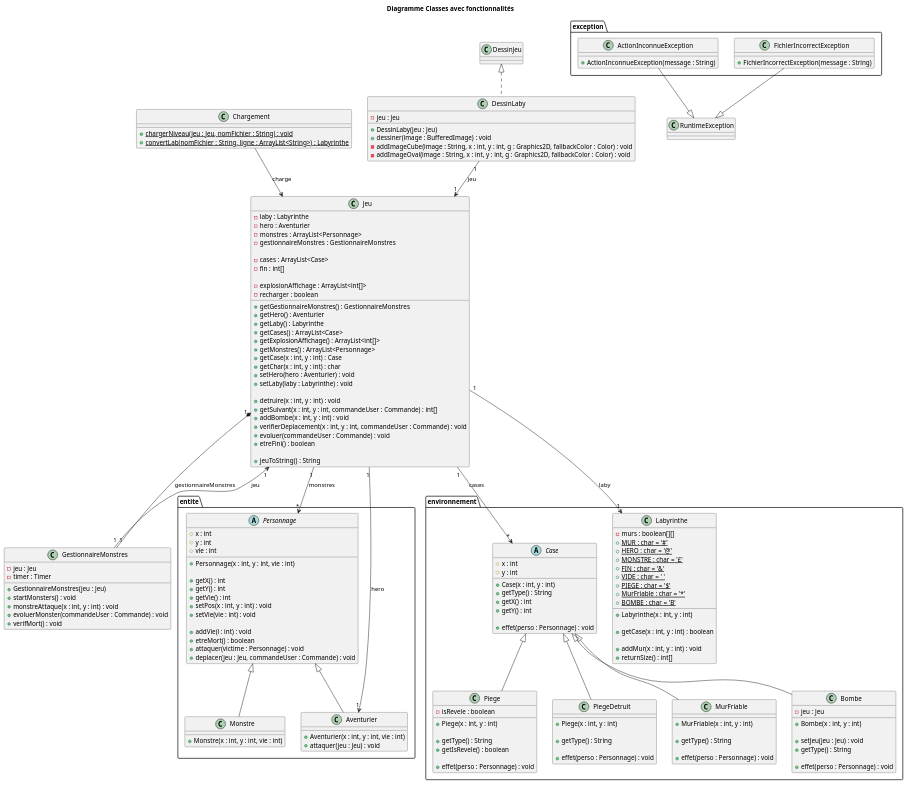
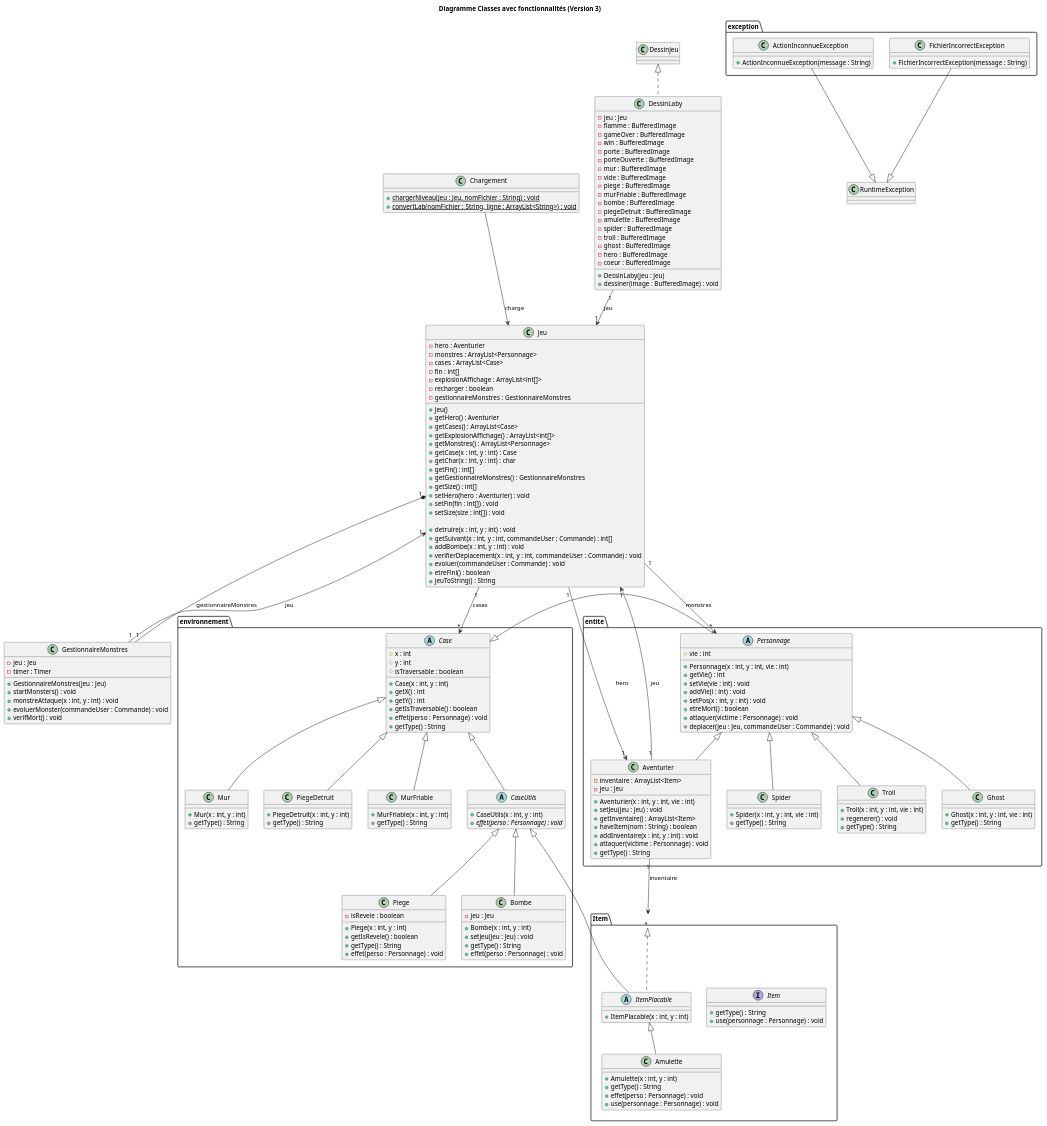
The diagram in documents/version_3/Diagramme Classes avec fonctionnalités.puml (lucas-martinati-pro/SAE_S2.01_Zeldiablo-LucasM_JeanLM_PierreGSV), drawn with PlantUML before and after one commit. The commit also changed 2 other files, not shown here.

Commit message:
refactor: DessinLaby

```diff
--- a/documents/version_3/Diagramme Classes avec fonctionnalités.puml
+++ b/documents/version_3/Diagramme Classes avec fonctionnalités.puml
@@ -1,28 +1,28 @@
 @startuml
-title Diagramme Classes avec fonctionnalités
+title Diagramme Classes avec fonctionnalités (Version 3)
 
 class "Jeu" {
-    - laby : Labyrinthe
     - hero : Aventurier
     - monstres : ArrayList<Personnage>
+    - cases : ArrayList<Case>
+    - fin : int[]
+    - explosionAffichage : ArrayList<int[]>
+    - recharger : boolean
     - gestionnaireMonstres : GestionnaireMonstres
 
-    - cases : ArrayList<Case>
-    - fin : int[]
-
-    - explosionAffichage : ArrayList<int[]>
-    - recharger : boolean
-
-    + getGestionnaireMonstres() : GestionnaireMonstres
+    + Jeu()
     + getHero() : Aventurier
-    + getLaby() : Labyrinthe
     + getCases() : ArrayList<Case>
     + getExplosionAffichage() : ArrayList<int[]>
     + getMonstres() : ArrayList<Personnage>
     + getCase(x : int, y : int) : Case
     + getChar(x : int, y : int) : char
+    + getFin() : int[]
+    + getGestionnaireMonstres() : GestionnaireMonstres
+    + getSize() : int[]
     + setHero(hero : Aventurier) : void
-    + setLaby(laby : Labyrinthe) : void
+    + setFin(fin : int[]) : void
+    + setSize(size : int[]) : void
 
     + detruire(x : int, y : int) : void
     + getSuivant(x : int, y : int, commandeUser : Commande) : int[]
@@ -30,7 +30,6 @@
     + verifierDeplacement(x : int, y : int, commandeUser : Commande) : void
     + evoluer(commandeUser : Commande) : void
     + etreFini() : boolean
-
     + jeuToString() : String
 }
 
@@ -47,105 +46,117 @@
 
 class Chargement {
     + {static} chargerNiveau(jeu : Jeu, nomFichier : String) : void
-    + {static} convertLab(nomFichier : String, ligne : ArrayList<String>) : Labyrinthe
+    + {static} convertLab(nomFichier : String, ligne : ArrayList<String>) : void
 }
 
 class DessinLaby {
     - jeu : Jeu
+    - flamme : BufferedImage
+    - gameOver : BufferedImage
+    - win : BufferedImage
+    - porte : BufferedImage
+    - porteOuverte : BufferedImage
+    - mur : BufferedImage
+    - vide : BufferedImage
+    - piege : BufferedImage
+    - murFriable : BufferedImage
+    - bombe : BufferedImage
+    - piegeDetruit : BufferedImage
+    - amulette : BufferedImage
+    - spider : BufferedImage
+    - troll : BufferedImage
+    - ghost : BufferedImage
+    - hero : BufferedImage
+    - coeur : BufferedImage
 
     + DessinLaby(jeu : Jeu)
     + dessiner(image : BufferedImage) : void
-    - addImageCube(image : String, x : int, y : int, g : Graphics2D, fallbackColor : Color) : void
-    - addImageOval(image : String, x : int, y : int, g : Graphics2D, fallbackColor : Color) : void
 }
 
 package "entite" {
     abstract class Personnage {
-        # x : int
-        # y : int
         # vie : int
 
         + Personnage(x : int, y : int, vie : int)
-
-        + getX() : int
-        + getY() : int
         + getVie() : int
+        + setVie(vie : int) : void
+        + addVie(i : int) : void
         + setPos(x : int, y : int) : void
-        + setVie(vie : int) : void
-
-        + addVie(i : int) : void
         + etreMort() : boolean
         + attaquer(victime : Personnage) : void
         + deplacer(jeu : Jeu, commandeUser : Commande) : void
     }
 
     class Aventurier {
+        - inventaire : ArrayList<Item>
+        - jeu : Jeu
+
         + Aventurier(x : int, y : int, vie : int)
-        + attaquer(jeu : Jeu) : void
+        + setJeu(jeu : Jeu) : void
+        + getInventaire() : ArrayList<Item>
+        + haveItem(nom : String) : boolean
+        + addInventaire(x : int, y : int) : void
+        + attaquer(victime : Personnage) : void
+        + getType() : String
     }
 
-    class Monstre {
-        + Monstre(x : int, y : int, vie : int)
+    class Spider {
+        + Spider(x : int, y : int, vie : int)
+        + getType() : String
+    }
+
+    class Troll {
+        + Troll(x : int, y : int, vie : int)
+        + regenerer() : void
+        + getType() : String
+    }
+
+    class Ghost {
+        + Ghost(x : int, y : int, vie : int)
+        + getType() : String
     }
 }
 
 package "environnement" {
-
     abstract class Case {
         # x : int
         # y : int
+        # isTraversable : boolean
 
         + Case(x : int, y : int)
-        + getType() : String
         + getX() : int
         + getY() : int
-
+        + getIsTraversable() : boolean
         + effet(perso : Personnage) : void
+        + getType() : String
     }
 
-    class Labyrinthe {
-        - murs : boolean[][]
-        + {static} MUR : char = '#'
-        + {static} HERO : char = '@'
-        + {static} MONSTRE : char = '£'
-        + {static} FIN : char = '&'
-        + {static} VIDE : char = ' '
-        + {static} PIEGE : char = '$'
-        + {static} MurFriable : char = '*'
-        + {static} BOMBE : char = 'B'
+    class Mur {
+        + Mur(x : int, y : int)
+        + getType() : String
+    }
 
-        + Labyrinthe(x : int, y : int)
+    class PiegeDetruit {
+        + PiegeDetruit(x : int, y : int)
+        + getType() : String
+    }
 
-        + getCase(x : int, y : int) : boolean
+    class MurFriable {
+        + MurFriable(x : int, y : int)
+        + getType() : String
+    }
 
-        + addMur(x : int, y : int) : void
-        + returnSize() : int[]
+    abstract class CaseUtils {
+        + CaseUtils(x : int, y : int)
+        + {abstract} effet(perso : Personnage) : void
     }
 
     class Piege {
         - isRevele : boolean
 
         + Piege(x : int, y : int)
-
+        + getIsRevele() : boolean
         + getType() : String
-        + getIsRevele() : boolean
-
-        + effet(perso : Personnage) : void
-    }
-
-    class PiegeDetruit {
-            + Piege(x : int, y : int)
-
-            + getType() : String
-
-            + effet(perso : Personnage) : void
-        }
-
-    class MurFriable {
-        + MurFriable(x : int, y : int)
-
-        + getType() : String
-
         + effet(perso : Personnage) : void
     }
 
@@ -153,11 +164,27 @@
         - jeu : Jeu
 
         + Bombe(x : int, y : int)
-
         + setJeu(jeu : Jeu) : void
         + getType() : String
+        + effet(perso : Personnage) : void
+    }
+}
 
+package "Item" {
+    interface Item {
+        + getType() : String
+        + use(personnage : Personnage) : void
+    }
+
+    abstract class ItemPlacable {
+        + ItemPlacable(x : int, y : int)
+    }
+
+    class Amulette {
+        + Amulette(x : int, y : int)
+        + getType() : String
         + effet(perso : Personnage) : void
+        + use(personnage : Personnage) : void
     }
 }
 
@@ -174,24 +201,36 @@
 ' ========================
 ' Relations
 ' ========================
-Case <|-- Piege
+Case <|-- Mur
 Case <|-- PiegeDetruit
 Case <|-- MurFriable
-Case <|-- Bombe
+Case <|-- Personnage
+Case <|-- CaseUtils
+
+CaseUtils <|-- Piege
+CaseUtils <|-- Bombe
+CaseUtils <|-- ItemPlacable
+
+Item <|.. ItemPlacable
+ItemPlacable <|-- Amulette
 
 Personnage <|-- Aventurier
-Personnage <|-- Monstre
+Personnage <|-- Spider
+Personnage <|-- Troll
+Personnage <|-- Ghost
 
 ActionInconnueException --|> RuntimeException
 FichierIncorrectException --|> RuntimeException
 
 DessinJeu <|.. DessinLaby
 
-Jeu "1" --> "1" Labyrinthe : laby
 Jeu "1" --> "1" Aventurier : hero
 Jeu "1" *-- "1" GestionnaireMonstres : gestionnaireMonstres
 Jeu "1" --> "*" Personnage : monstres
 Jeu "1" --> "*" Case : cases
+
+Aventurier "1" --> "*" Item : inventaire
+Aventurier "1" --> "1" Jeu : jeu
 
 GestionnaireMonstres "1" --> "1" Jeu : jeu
 Chargement --> Jeu : charge
```
